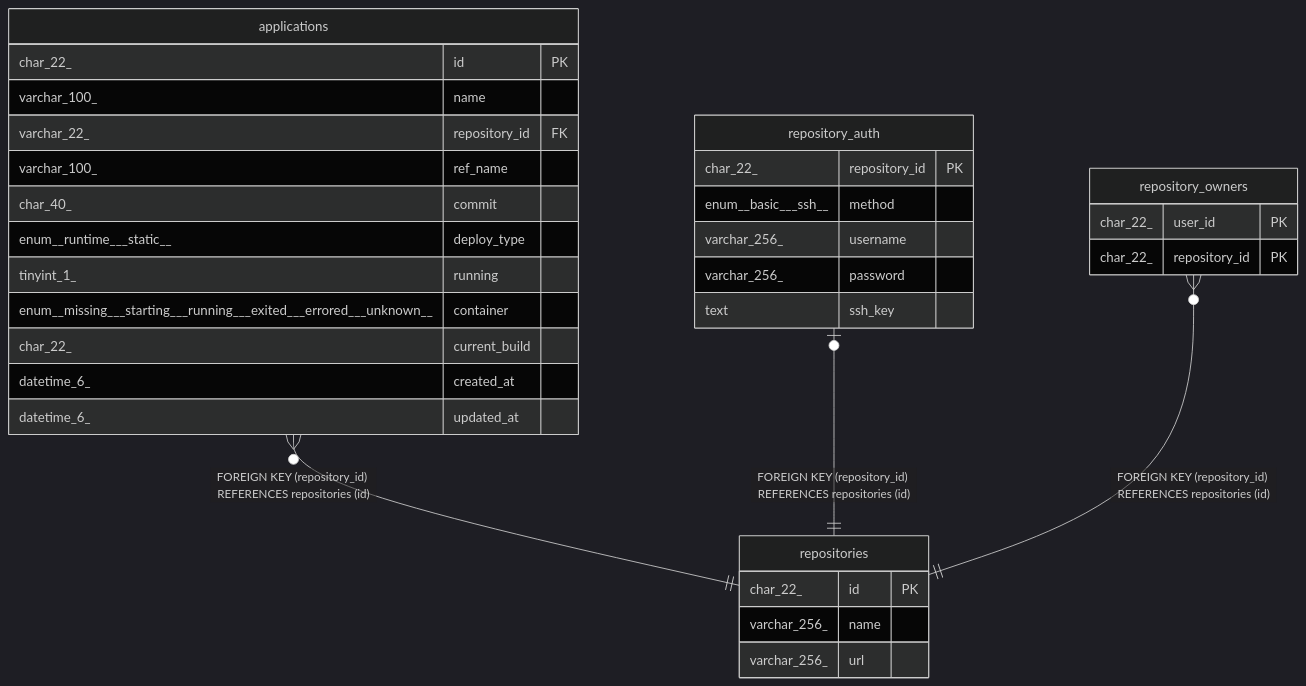
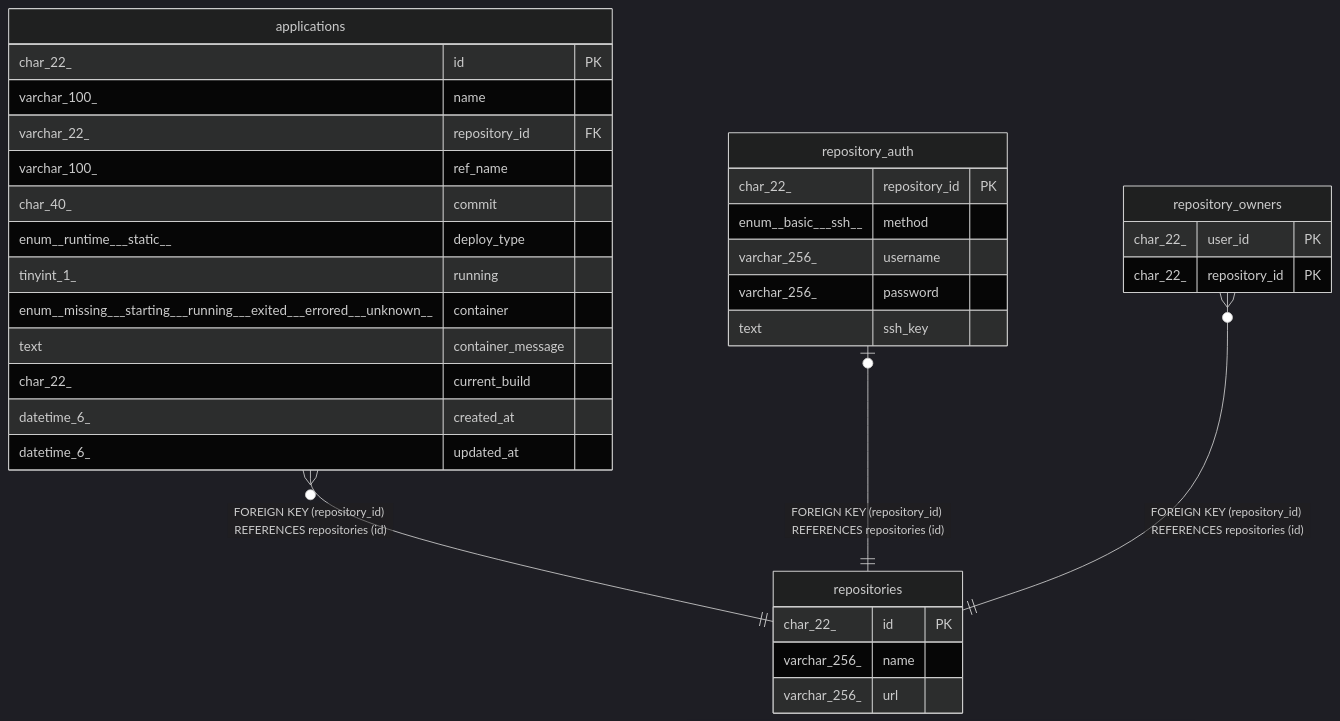
One commit to traPtitech/NeoShowcase changed the diagram in docs/dbschema/repositories.md. Above: the diagram before and after it, drawn with Mermaid (dark theme). The commit also changed 17 other files, not shown here.

Commit message:
add container message field to app

````diff
--- a/docs/dbschema/repositories.md
+++ b/docs/dbschema/repositories.md
@@ -46,37 +46,38 @@
 ```mermaid
 erDiagram
 
 "applications" }o--|| "repositories" : "FOREIGN KEY (repository_id) REFERENCES repositories (id)"
 "repository_auth" |o--|| "repositories" : "FOREIGN KEY (repository_id) REFERENCES repositories (id)"
 "repository_owners" }o--|| "repositories" : "FOREIGN KEY (repository_id) REFERENCES repositories (id)"
 
 "repositories" {
   char_22_ id PK
   varchar_256_ name
   varchar_256_ url
 }
 "applications" {
   char_22_ id PK
   varchar_100_ name
   varchar_22_ repository_id FK
   varchar_100_ ref_name
   char_40_ commit
   enum__runtime___static__ deploy_type
   tinyint_1_ running
   enum__missing___starting___running___exited___errored___unknown__ container
+  text container_message
   char_22_ current_build
   datetime_6_ created_at
   datetime_6_ updated_at
 }
 "repository_auth" {
   char_22_ repository_id PK
   enum__basic___ssh__ method
   varchar_256_ username
   varchar_256_ password
   text ssh_key
 }
 "repository_owners" {
   char_22_ user_id PK
   char_22_ repository_id PK
 }
 ```
````
